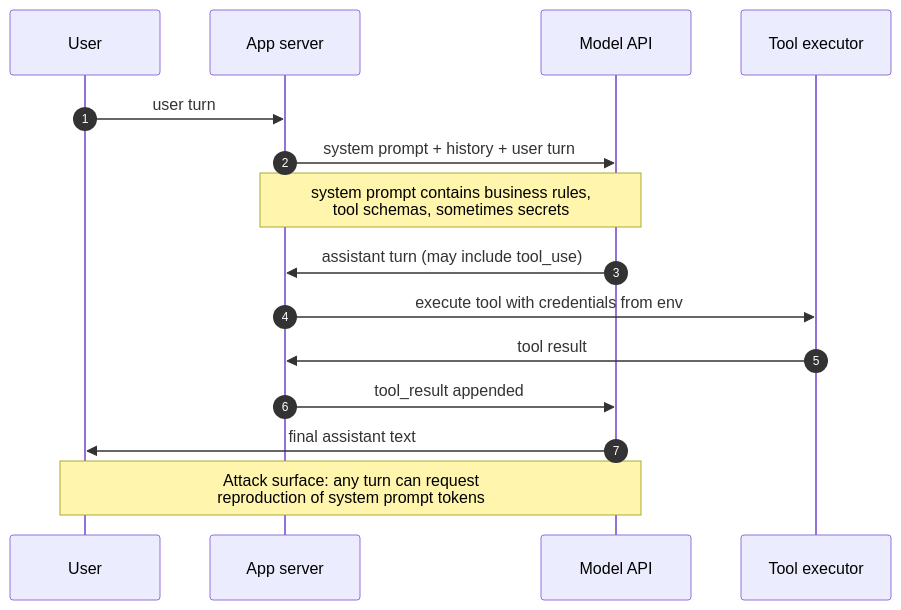
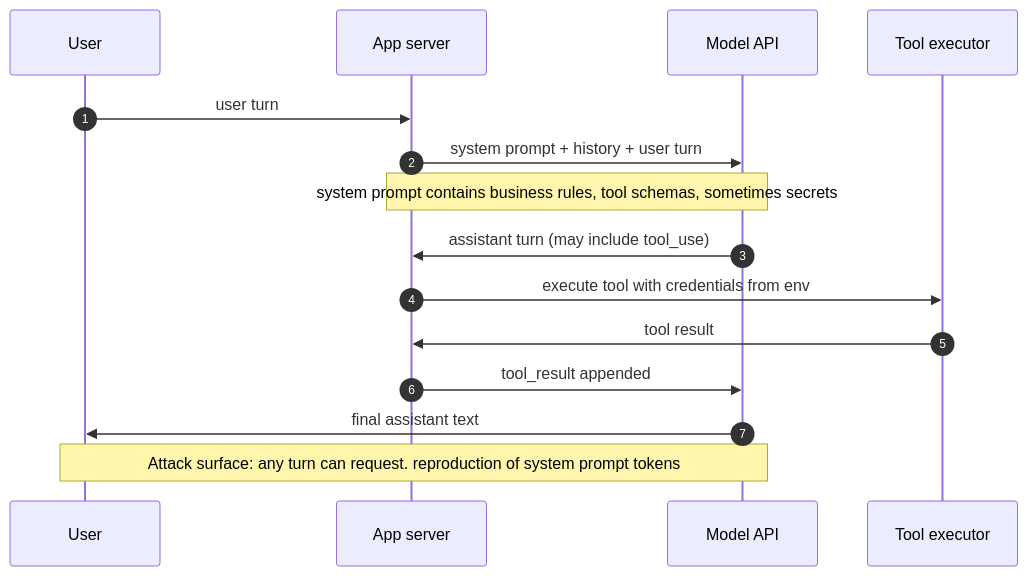
Before and after one commit to rcha0s/awesome-appsec-interview: the diagram in docs/40-system-prompt-leakage.md, drawn with Mermaid. The commit also changed 15 other files, not shown here.

First line of the commit message:
fix(mermaid): replace <br/> in sequenceDiagram Note statements to fix GitHub parse errors

````diff
--- a/docs/40-system-prompt-leakage.md
+++ b/docs/40-system-prompt-leakage.md
@@ -48,17 +48,17 @@
 ```mermaid
 sequenceDiagram
     autonumber
     participant U as User
     participant App as App server
     participant LLM as Model API
     participant Tools as Tool executor
     U->>App: user turn
     App->>LLM: system prompt + history + user turn
-    Note over App,LLM: system prompt contains business rules,<br/>tool schemas, sometimes secrets
+    Note over App,LLM: system prompt contains business rules, tool schemas, sometimes secrets
     LLM->>App: assistant turn (may include tool_use)
     App->>Tools: execute tool with credentials from env
     Tools->>App: tool result
     App->>LLM: tool_result appended
     LLM->>U: final assistant text
-    Note over U,LLM: Attack surface: any turn can request<br/>reproduction of system prompt tokens
+    Note over U,LLM: Attack surface: any turn can request. reproduction of system prompt tokens
 ```
````
